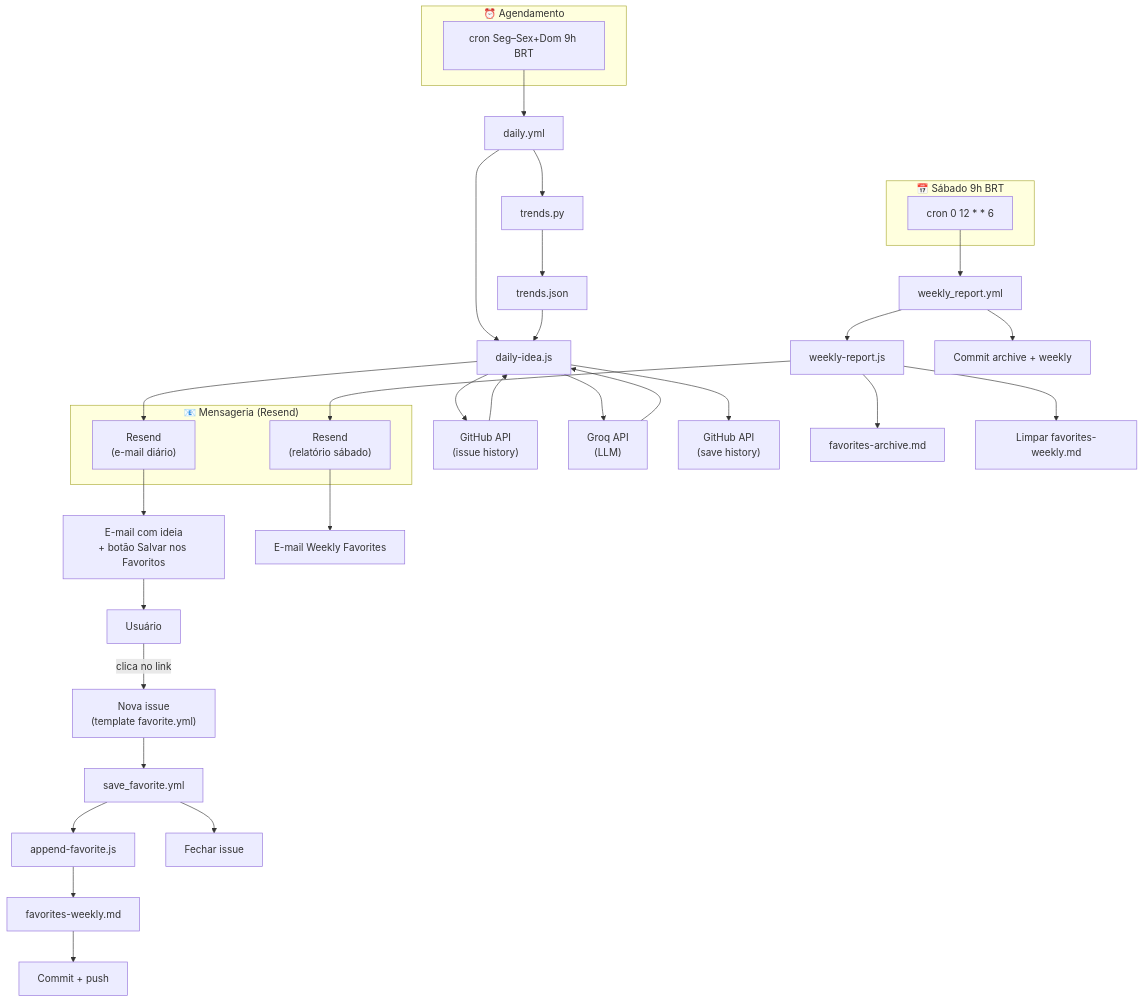
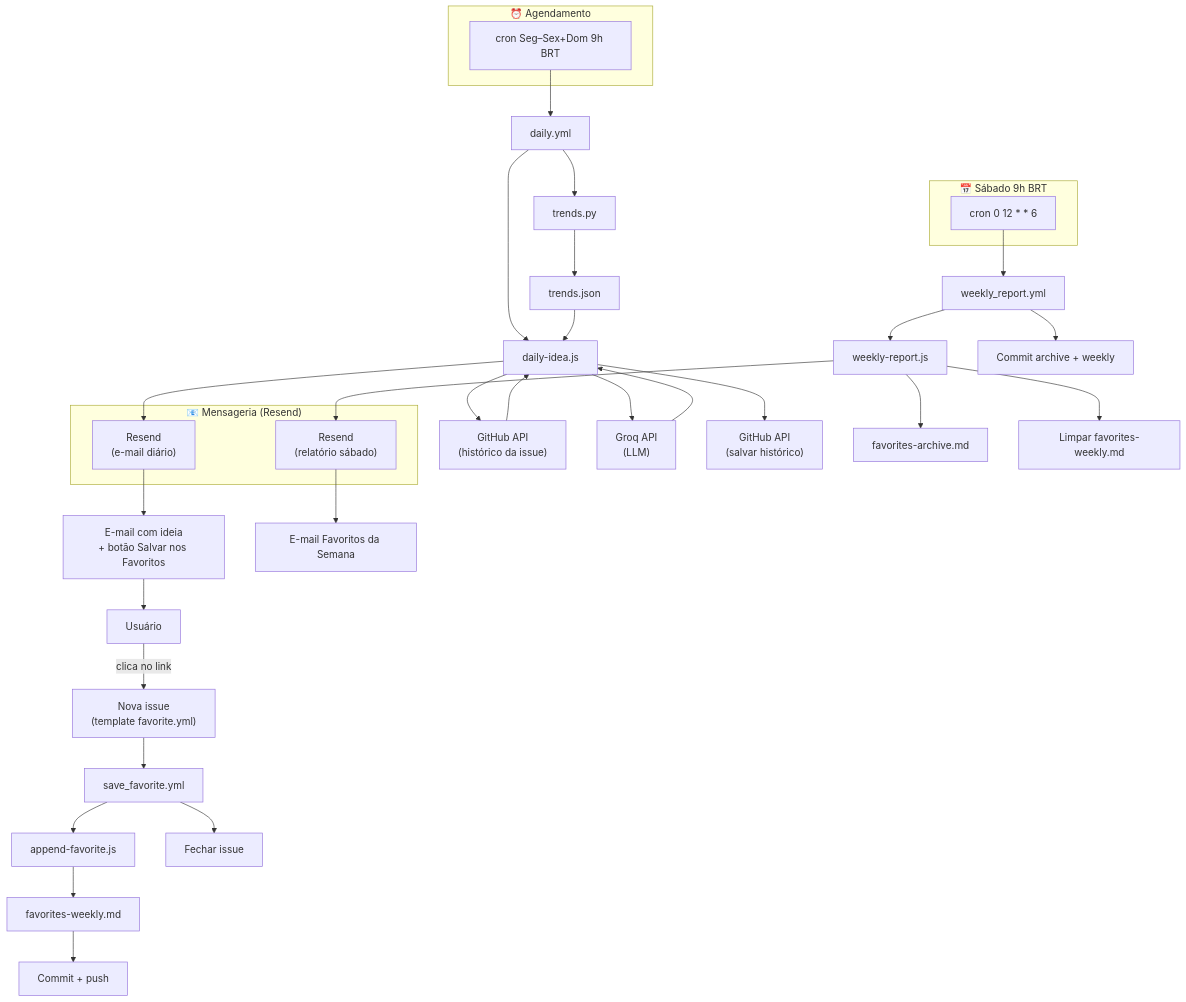
Before and after one commit to dev-LucasOliveira/ai_video_content_secretary: the diagram in README.md, drawn with Mermaid. The commit also changed other lines of this file, not shown here.

````diff
--- a/README.md
+++ b/README.md
@@ -36,44 +36,44 @@
 ```mermaid
 flowchart TB
   subgraph agendamento["⏰ Agendamento"]
     CRON["cron Seg–Sex+Dom 9h BRT"]
   end
 
   CRON --> DAILY["daily.yml"]
   DAILY --> PYT["trends.py"]
   PYT --> TJSON["trends.json"]
   DAILY --> DAILYJS["daily-idea.js"]
 
   TJSON --> DAILYJS
-  DAILYJS --> GH_READ["GitHub API\n(issue history)"]
+  DAILYJS --> GH_READ["GitHub API\n(histórico da issue)"]
   GH_READ --> DAILYJS
   DAILYJS --> GROQ["Groq API\n(LLM)"]
   GROQ --> DAILYJS
-  DAILYJS --> GH_WRITE["GitHub API\n(save history)"]
+  DAILYJS --> GH_WRITE["GitHub API\n(salvar histórico)"]
   DAILYJS --> RESEND_DAY["Resend\n(e-mail diário)"]
 
   subgraph mensageria["📧 Mensageria (Resend)"]
     RESEND_DAY
     RESEND_WEEK["Resend\n(relatório sábado)"]
   end
 
   RESEND_DAY --> EMAIL_DAY["E-mail com ideia\n+ botão Salvar nos Favoritos"]
   EMAIL_DAY --> USER["Usuário"]
   USER -->|clica no link| ISSUE["Nova issue\n(template favorite.yml)"]
   ISSUE --> SAVE_WF["save_favorite.yml"]
   SAVE_WF --> APPEND["append-favorite.js"]
   APPEND --> WEEKLY_MD["favorites-weekly.md"]
   WEEKLY_MD --> COMMIT["Commit + push"]
   SAVE_WF --> CLOSE["Fechar issue"]
 
   subgraph sabado["📅 Sábado 9h BRT"]
     CRON_SAT["cron 0 12 * * 6"]
   end
   CRON_SAT --> WEEKLY_WF["weekly_report.yml"]
   WEEKLY_WF --> WEEKLY_JS["weekly-report.js"]
   WEEKLY_JS --> RESEND_WEEK
-  RESEND_WEEK --> EMAIL_WEEK["E-mail Weekly Favorites"]
+  RESEND_WEEK --> EMAIL_WEEK["E-mail Favoritos da Semana"]
   WEEKLY_JS --> ARCHIVE["favorites-archive.md"]
   WEEKLY_JS --> CLEAR["Limpar favorites-weekly.md"]
   WEEKLY_WF --> COMMIT_WEEK["Commit archive + weekly"]
 ```
````
